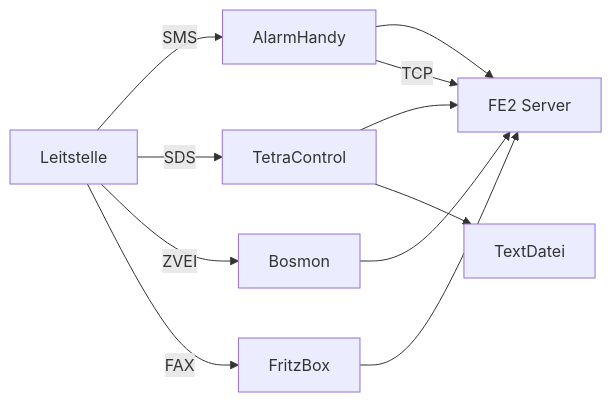
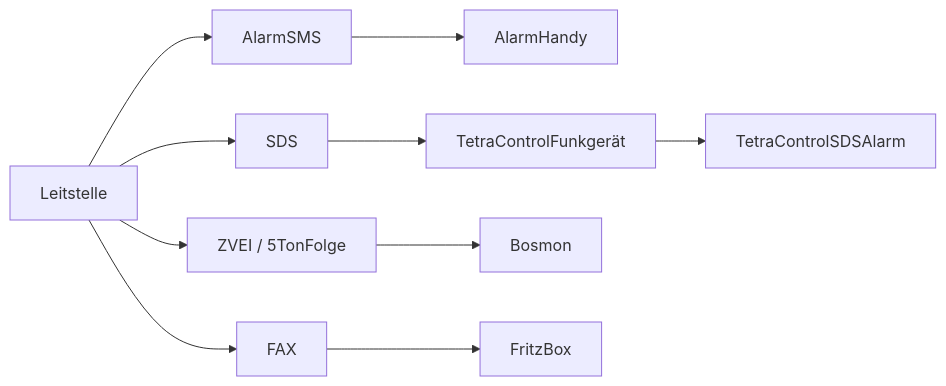
The second of 2 diagrams in README.md (FWEichenbuehlSoftware/AlarmsoftwareDoku), drawn with Mermaid before and after one commit. The commit also changed other lines of this file and 2 other files, not shown here.

````diff
--- a/README.md
+++ b/README.md
@@ -20,14 +24,9 @@
 ```mermaid
 graph LR
-Leitstelle -- SMS --> AlarmHandy
-Leitstelle -- SDS --> TetraControl
-Leitstelle -- ZVEI --> Bosmon
-Leitstelle -- FAX --> FritzBox
-Bosmon --> FE2Server
-TetraControl --> FE2Server
-TetraControl --> TextDatei
-AlarmHandy --> FE2Server
-FritzBox --> FE2Server
-AlarmHandy -- TCP --> FE2Server[FE2 Server]
+
+Leitstelle --> AlarmSMS						--> AlarmHandy				
+Leitstelle --> SDS							--> TetraControlFunkgerät	--> TetraControlSDSAlarm
+Leitstelle --> ZVEI[ZVEI / 5TonFolge]		--> Bosmon
+Leitstelle --> FAX							--> FritzBox
 
 ```
````
